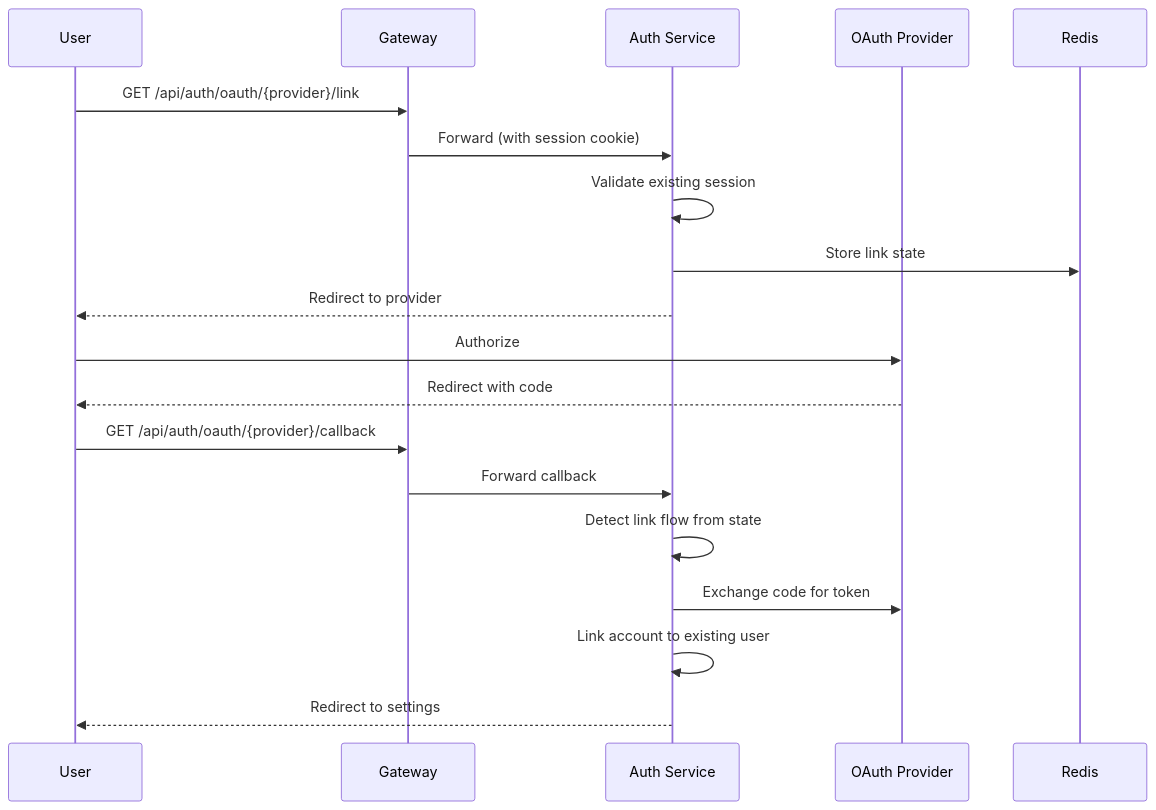
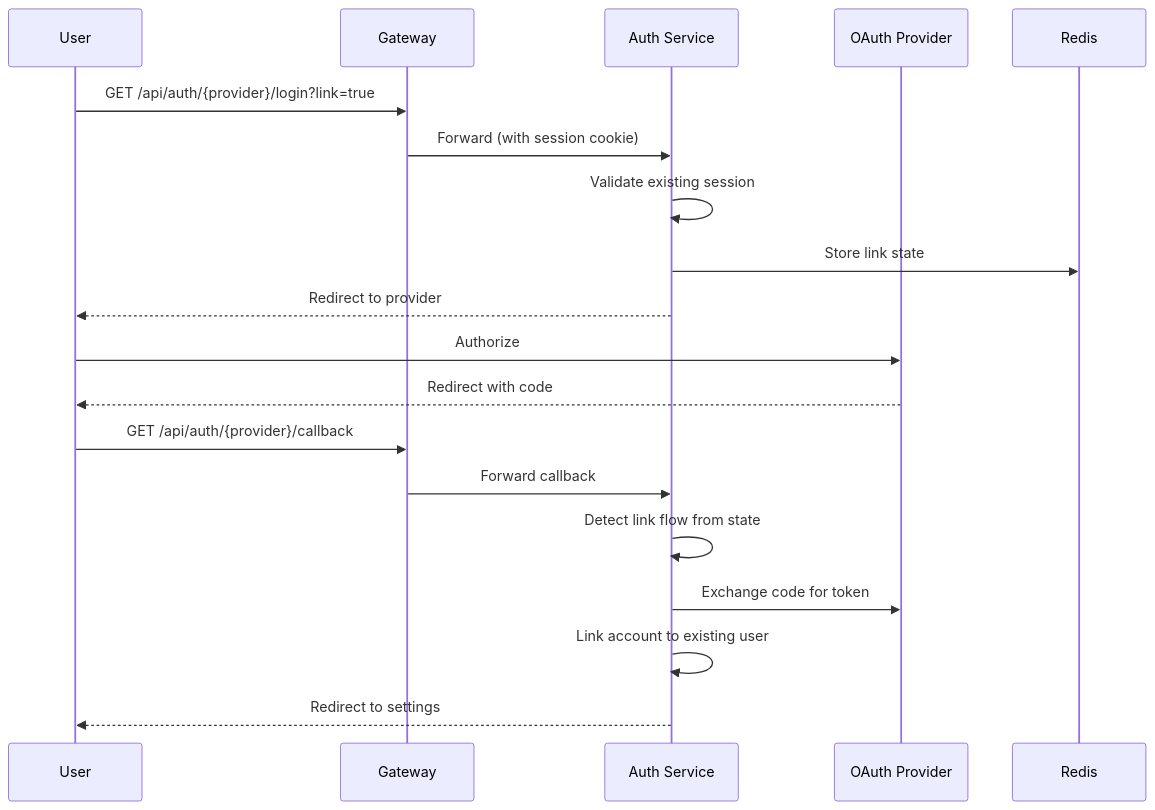
One commit to Nechja/hellArch changed the fourth of 4 diagrams in docs/architecture/auth-flow.md. Above: the diagram before and after it, drawn with Mermaid. The commit also changed other lines of this file and 1 other file, not shown here.

````diff
--- a/docs/architecture/auth-flow.md
+++ b/docs/architecture/auth-flow.md
@@ -70,23 +70,23 @@
 ```mermaid
 sequenceDiagram
     participant User
     participant Gateway
     participant Auth as Auth Service
     participant Provider as OAuth Provider
 
-    User->>Gateway: GET /api/auth/oauth/{provider}/link
+    User->>Gateway: GET /api/auth/{provider}/login?link=true
     Gateway->>Auth: Forward (with session cookie)
     Auth->>Auth: Validate existing session
     Auth->>Redis: Store link state
     Auth-->>User: Redirect to provider
 
     User->>Provider: Authorize
     Provider-->>User: Redirect with code
 
-    User->>Gateway: GET /api/auth/oauth/{provider}/callback
+    User->>Gateway: GET /api/auth/{provider}/callback
     Gateway->>Auth: Forward callback
     Auth->>Auth: Detect link flow from state
     Auth->>Provider: Exchange code for token
     Auth->>Auth: Link account to existing user
     Auth-->>User: Redirect to settings
 ```
````
